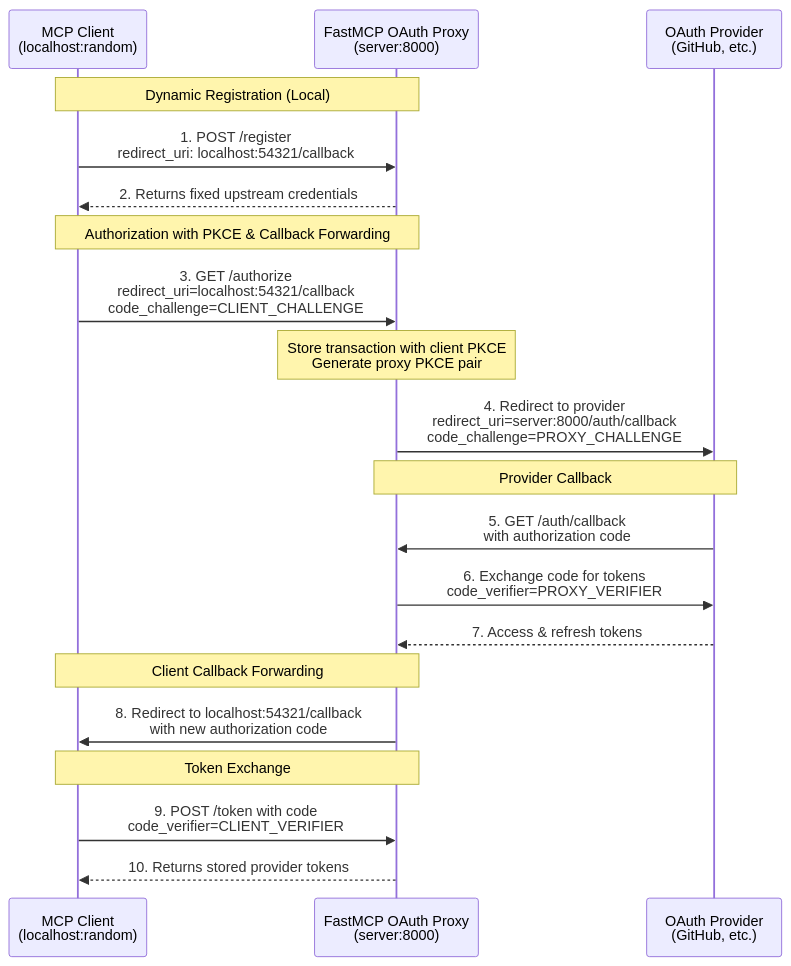
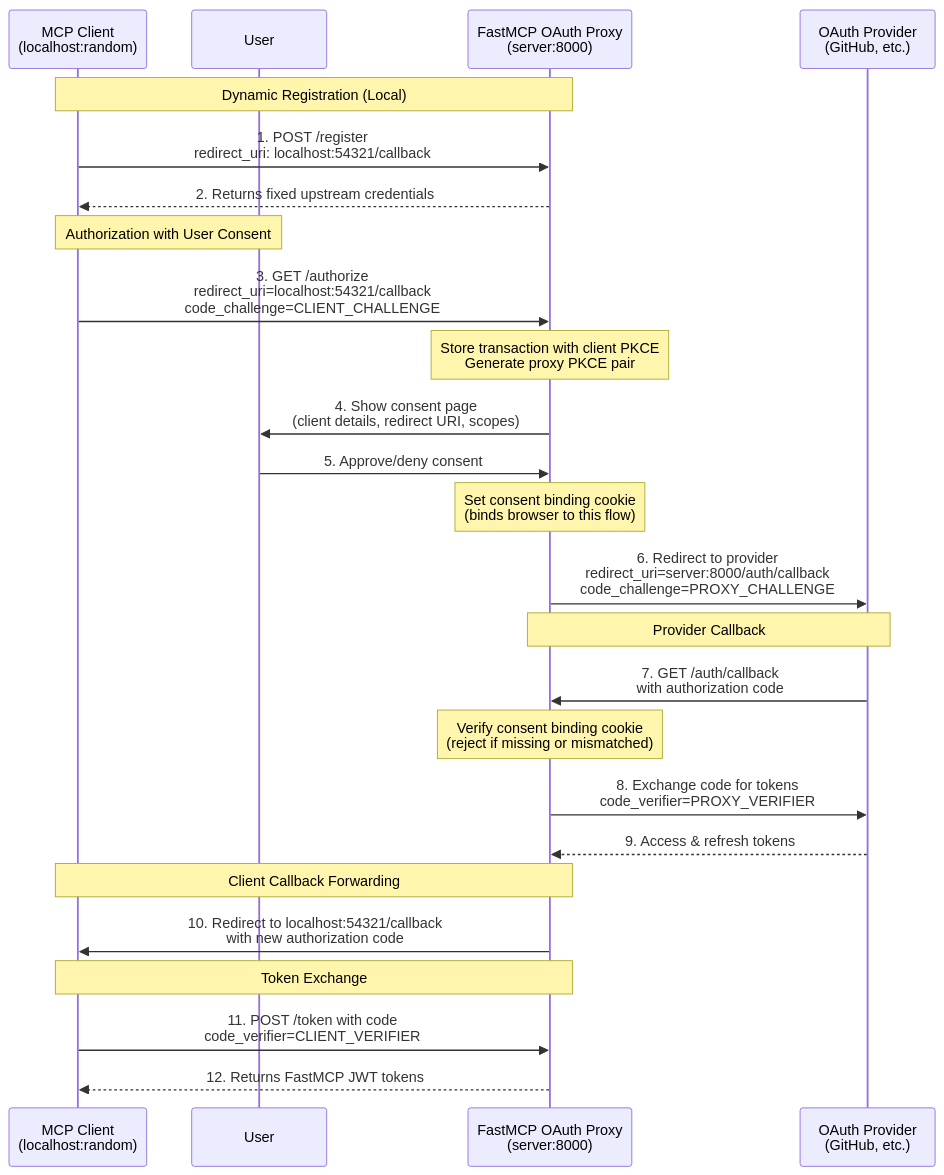
One commit to dwpdkp/mcp-servers changed the diagram in fastmcp/docs/servers/auth/oauth-proxy.mdx. Above: the diagram before and after it, drawn with Mermaid. The commit also changed other lines of this file and 1424 other files, not shown here.

````diff
--- a/fastmcp/docs/servers/auth/oauth-proxy.mdx
+++ b/fastmcp/docs/servers/auth/oauth-proxy.mdx
@@ -278,27 +423,32 @@
 ```mermaid
 sequenceDiagram
     participant Client as MCP Client<br/>(localhost:random)
+    participant User as User
     participant Proxy as FastMCP OAuth Proxy<br/>(server:8000)
     participant Provider as OAuth Provider<br/>(GitHub, etc.)
 
     Note over Client, Proxy: Dynamic Registration (Local)
     Client->>Proxy: 1. POST /register<br/>redirect_uri: localhost:54321/callback
     Proxy-->>Client: 2. Returns fixed upstream credentials
 
-    Note over Client, Proxy: Authorization with PKCE & Callback Forwarding
+    Note over Client, User: Authorization with User Consent
     Client->>Proxy: 3. GET /authorize<br/>redirect_uri=localhost:54321/callback<br/>code_challenge=CLIENT_CHALLENGE
     Note over Proxy: Store transaction with client PKCE<br/>Generate proxy PKCE pair
-    Proxy->>Provider: 4. Redirect to provider<br/>redirect_uri=server:8000/auth/callback<br/>code_challenge=PROXY_CHALLENGE
+    Proxy->>User: 4. Show consent page<br/>(client details, redirect URI, scopes)
+    User->>Proxy: 5. Approve/deny consent
+    Note over Proxy: Set consent binding cookie<br/>(binds browser to this flow)
+    Proxy->>Provider: 6. Redirect to provider<br/>redirect_uri=server:8000/auth/callback<br/>code_challenge=PROXY_CHALLENGE
 
     Note over Provider, Proxy: Provider Callback
-    Provider->>Proxy: 5. GET /auth/callback<br/>with authorization code
-    Proxy->>Provider: 6. Exchange code for tokens<br/>code_verifier=PROXY_VERIFIER
-    Provider-->>Proxy: 7. Access & refresh tokens
+    Provider->>Proxy: 7. GET /auth/callback<br/>with authorization code
+    Note over Proxy: Verify consent binding cookie<br/>(reject if missing or mismatched)
+    Proxy->>Provider: 8. Exchange code for tokens<br/>code_verifier=PROXY_VERIFIER
+    Provider-->>Proxy: 9. Access & refresh tokens
 
     Note over Proxy, Client: Client Callback Forwarding
-    Proxy->>Client: 8. Redirect to localhost:54321/callback<br/>with new authorization code
+    Proxy->>Client: 10. Redirect to localhost:54321/callback<br/>with new authorization code
 
     Note over Client, Proxy: Token Exchange
-    Client->>Proxy: 9. POST /token with code<br/>code_verifier=CLIENT_VERIFIER
-    Proxy-->>Client: 10. Returns stored provider tokens
+    Client->>Proxy: 11. POST /token with code<br/>code_verifier=CLIENT_VERIFIER
+    Proxy-->>Client: 12. Returns FastMCP JWT tokens
 ```
````
